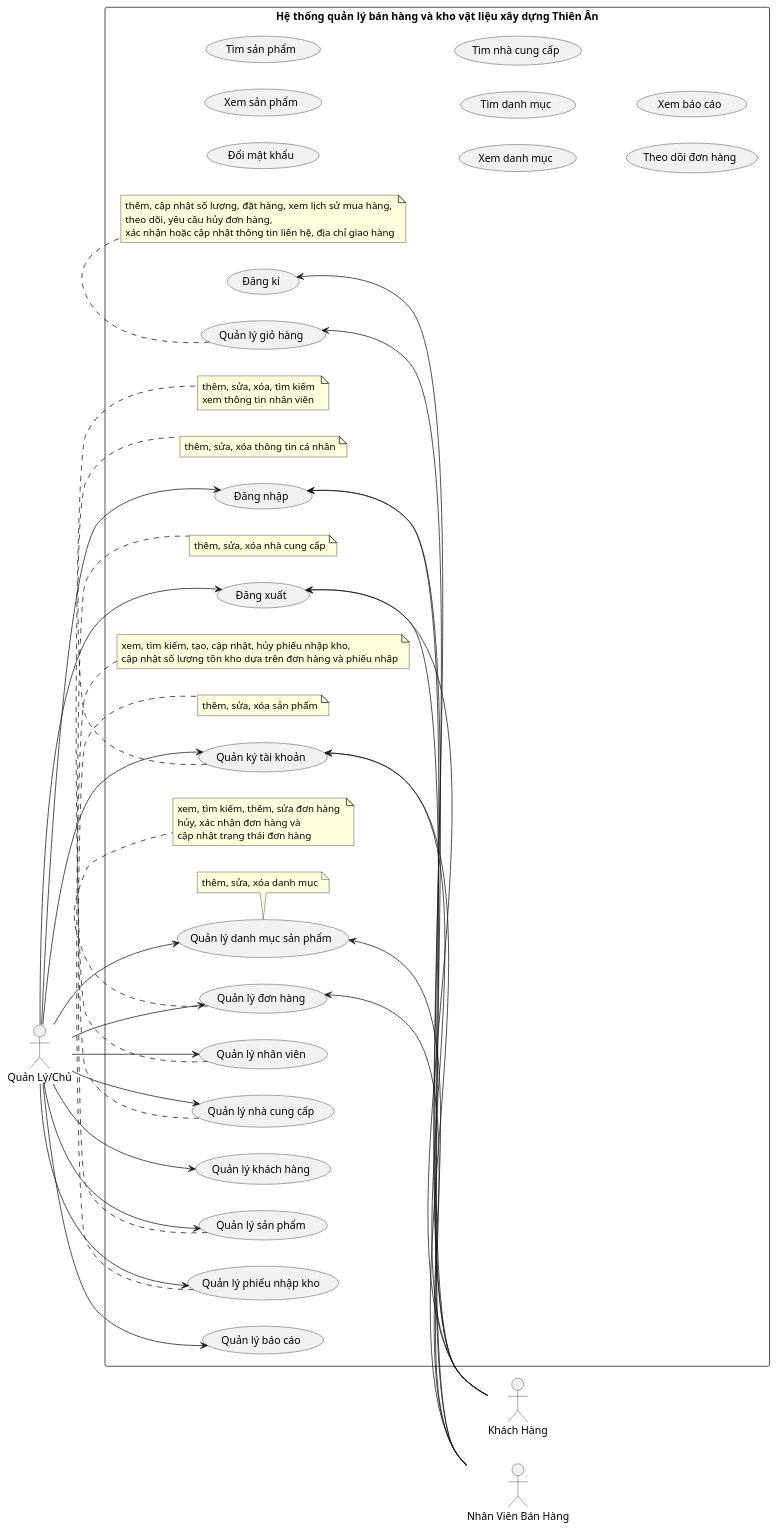
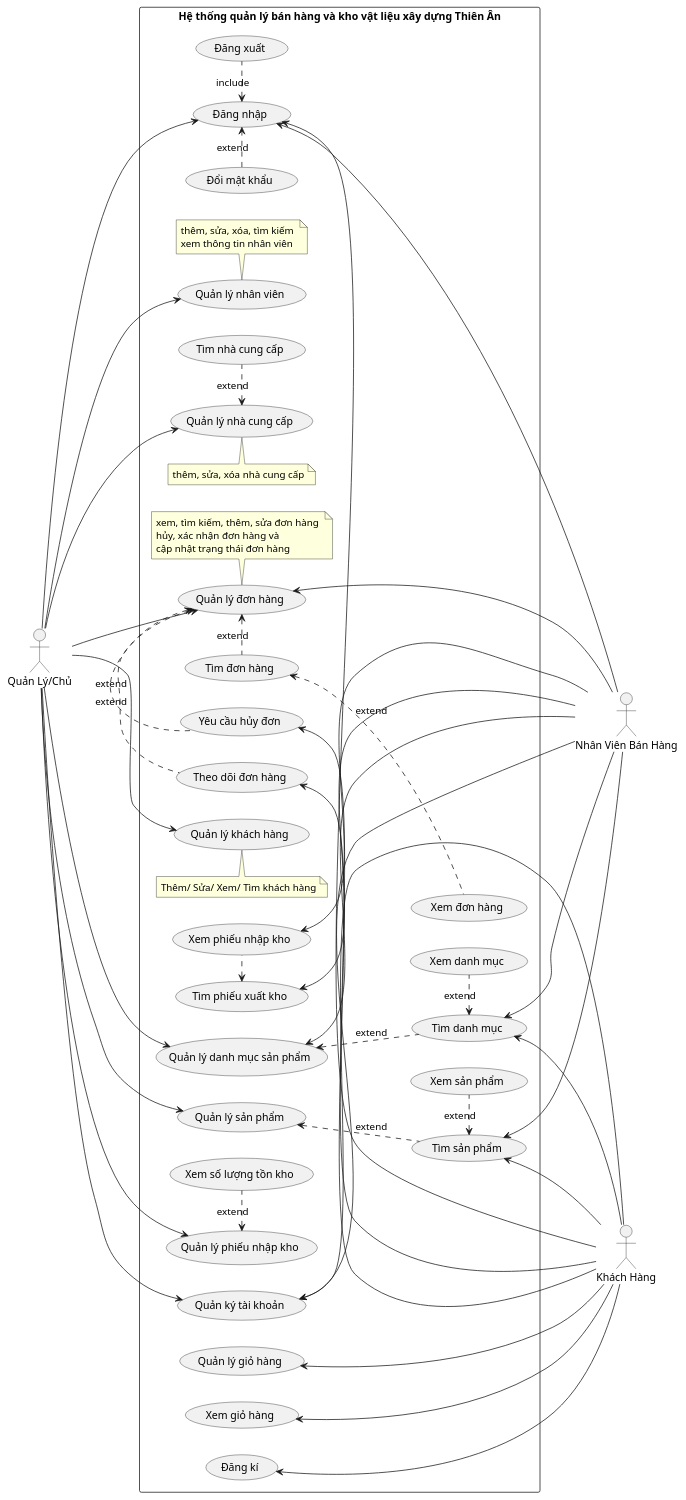
One commit to ThanhdatOris/LAB2211 changed the diagram in assets/plantuml/Ariety/ArietyUC/ArietyNewUC.puml. Above: the diagram before and after it, drawn with PlantUML.

Commit message:
Ariety update

```diff
--- a/assets/plantuml/Ariety/ArietyUC/ArietyNewUC.puml
+++ b/assets/plantuml/Ariety/ArietyUC/ArietyNewUC.puml
@@ -1,98 +1,150 @@
 @startuml ArietyUC
 
 skinparam shadowing false
 left to right direction
 
 actor "Khách Hàng" as KH
 actor "Quản Lý/Chủ" as NVQL
 actor "Nhân Viên Bán Hàng" as NVBH
 
 rectangle "Hệ thống quản lý bán hàng và kho vật liệu xây dựng Thiên Ân" {
 
 '--------------------------------------Chức năng--------------------------------------
 'QL tài khoản
 usecase QLTK as "Quản ký tài khoản"
-note bottom of QLTK: thêm, sửa, xóa thông tin cá nhân
+'note top of QLTK: thêm, sửa, xóa thông tin cá nhân
 (Đăng nhập) as DNhap
 (Đăng xuất) as DXuat
 (Đăng kí) as DKi
 (Đổi mật khẩu) as DMKhau
 
+DNhap  <.  DXuat: include
+DMKhau .> DNhap : extend
+
 'QL sản phẩm
 usecase QLSP as "Quản lý sản phẩm"
-note bottom of QLSP: thêm, sửa, xóa sản phẩm
+'note bottom of QLSP: thêm, sửa, xóa sản phẩm
 (Xem sản phẩm) as XemSP
 (Tìm sản phẩm) as TimSP
+TimSP <. XemSP: extend
+
 
 'QL danh mục sản phẩm
 usecase QLDMSP as "Quản lý danh mục sản phẩm"
-note bottom of QLDMSP: thêm, sửa, xóa danh mục
+'note bottom of QLDMSP: thêm, sửa, xóa danh mục
 (Xem danh mục) as XemDMSP
 (Tìm danh mục) as TimDMSP
+TimDMSP <. XemDMSP: extend
+
 
 'QL nhân viên
 usecase QLNV as "Quản lý nhân viên"
 note bottom of QLNV: thêm, sửa, xóa, tìm kiếm \nxem thông tin nhân viên
 
+
 'QL nhà cung cấp
 usecase QLNCC as "Quản lý nhà cung cấp"
-note bottom of QLNCC: thêm, sửa, xóa nhà cung cấp
+note top of QLNCC: thêm, sửa, xóa nhà cung cấp
 (Tìm nhà cung cấp) as TimNCC
+
 
 'QL đơn hàng
 usecase QLDH as "Quản lý đơn hàng"
 note bottom of QLDH: xem, tìm kiếm, thêm, sửa đơn hàng \nhủy, xác nhận đơn hàng và \ncập nhật trạng thái đơn hàng
+(Tìm đơn hàng) as TimDH
+(Xem đơn hàng) as XemDH
 (Theo dõi đơn hàng) as TheoDoiDH
+(Yêu cầu hủy đơn) as YCHuyDH
+TimDH <.. XemDH: extend
+QLDH <. YCHuyDH: extend
+QLDH <. TheoDoiDH: extend
 
 'QL giỏ hàng
 usecase QLGH as "Quản lý giỏ hàng"
-note bottom of QLGH: thêm, cập nhật số lượng, đặt hàng, xem lịch sử mua hàng, \ntheo dõi, yêu cầu hủy đơn hàng, \nxác nhận hoặc cập nhật thông tin liên hệ, địa chỉ giao hàng
+'note top of QLGH: thêm, cập nhật số lượng, đặt hàng, xem lịch sử mua hàng, \ntheo dõi, yêu cầu hủy đơn hàng, \nxác nhận hoặc cập nhật thông tin liên hệ, địa chỉ giao hàng
+(Xem giỏ hàng) as XemGH
 
 'QL phiếu nhập kho
 usecase QLPNKho as "Quản lý phiếu nhập kho"
-note bottom of QLPNKho: xem, tìm kiếm, tạo, cập nhật, hủy phiếu nhập kho, \ncập nhật số lượng tồn kho dựa trên đơn hàng và phiếu nhập
+'note top of QLPNKho: xem, tìm kiếm, tạo, cập nhật, hủy phiếu nhập kho, \ncập nhật số lượng tồn kho dựa trên đơn hàng và phiếu nhập
+(Xem số lượng tồn kho) as XemHT
+(Xem phiếu nhập kho) as XemPX
+(Tìm phiếu xuất kho) as TimPX
+TimPX <. XemPX
 
 'QL khách hàng
 usecase QLKH as "Quản lý khách hàng"
-
+(Quản lý khách hàng) as QLKH
+note top of QLKH: Thêm/ Sửa/ Xem/ Tìm khách hàng
 
 'QL báo cáo
-usecase QLBC as "Quản lý báo cáo"
-(Xem báo cáo) as XemBC
+'usecase QLBC as "Quản lý báo cáo"
+'note bottom of QLBC: xem báo cáo
 
-'----------------------------------------------------
-'Quản lý/ Chủ
+'----------------------HOẠT ĐỘNG----------------------
+'_____ Quản lý/ Chủ _____
+NVQL --> QLTK
+NVQL -> QLSP
+NVQL -> QLDMSP
+NVQL -> QLNV
+NVQL -> QLNCC
+NVQL -> QLDH
+NVQL -> QLKH
+NVQL --> QLPNKho
+'NVQL -> QLBC
 
+'san pham
+QLSP <.. TimSP: extend
+'danh muc san pham
+QLDMSP <.. TimDMSP: extend
+'nhan vien
+
+'nha cung cap
+QLNCC <. TimNCC: extend
+'don hang
+QLDH <. TimDH: extend
+'kho hang
+QLPNKho <. XemHT: extend
+'phieu xuat kho
+TimPX <-- NVBH
+'bao cao
+
+'_____ Đăng nhập/Đăng xuất/ Đăng kí _____
+'---Quản lý/Chủ---
 NVQL -> DNhap
-NVQL -> DXuat
 
-NVQL --> QLTK
-NVQL --> QLSP
-NVQL --> QLDMSP
-NVQL --> QLNV
-NVQL --> QLNCC
-NVQL --> QLDH
-NVQL --> QLKH
-NVQL --> QLPNKho
-NVQL --> QLBC
+'---Nhân viên bán hàng---
+DNhap <- NVBH
 
-'Nhân viên bán hàng
-DNhap <-- NVBH
-DXuat <-- NVBH
+'---Khách hàng---
+DNhap <- KH
+DKi <- KH
 
-QLTK <-- NVBH
-QLDMSP <-- NVBH
-QLDH <-- NVBH
+'_____ Nhân viên bán hàng _____
+QLTK <- NVBH
+QLDMSP <- NVBH
+QLDH <- NVBH
 
-'Khách hàng
-DKi <--KH
-DNhap <-- KH
-DXuat <-- KH
+'san pham
+TimSP <-- NVBH
+'danh muc san pham
+TimDMSP <-- NVBH
+'kho hang
+XemPX <- NVBH
 
-QLTK <-- KH
-QLGH <-- KH
+'_____ Khách hàng _____
+QLTK <- KH
+QLGH <- KH
 
-
+'san pham
+TimSP <-- KH
+'danh muc san pham
+TimDMSP <-- KH
+'gio hang
+XemGH <- KH
+'don hang
+YCHuyDH <- KH
+TheoDoiDH <- KH
 }
 
 @enduml
```
